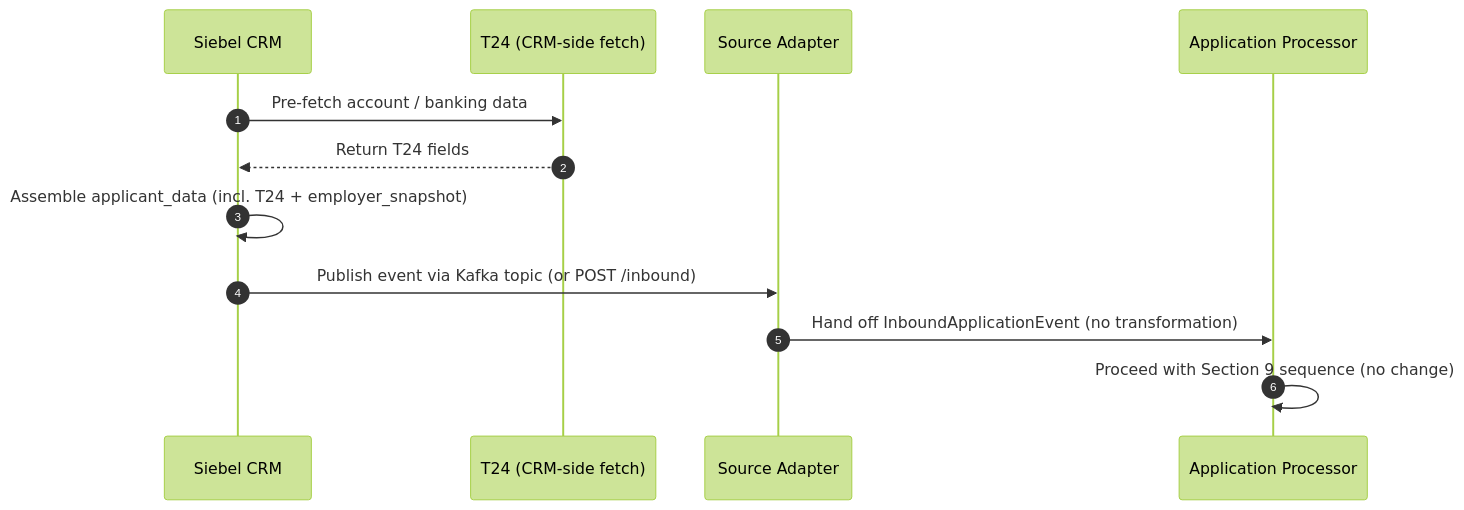
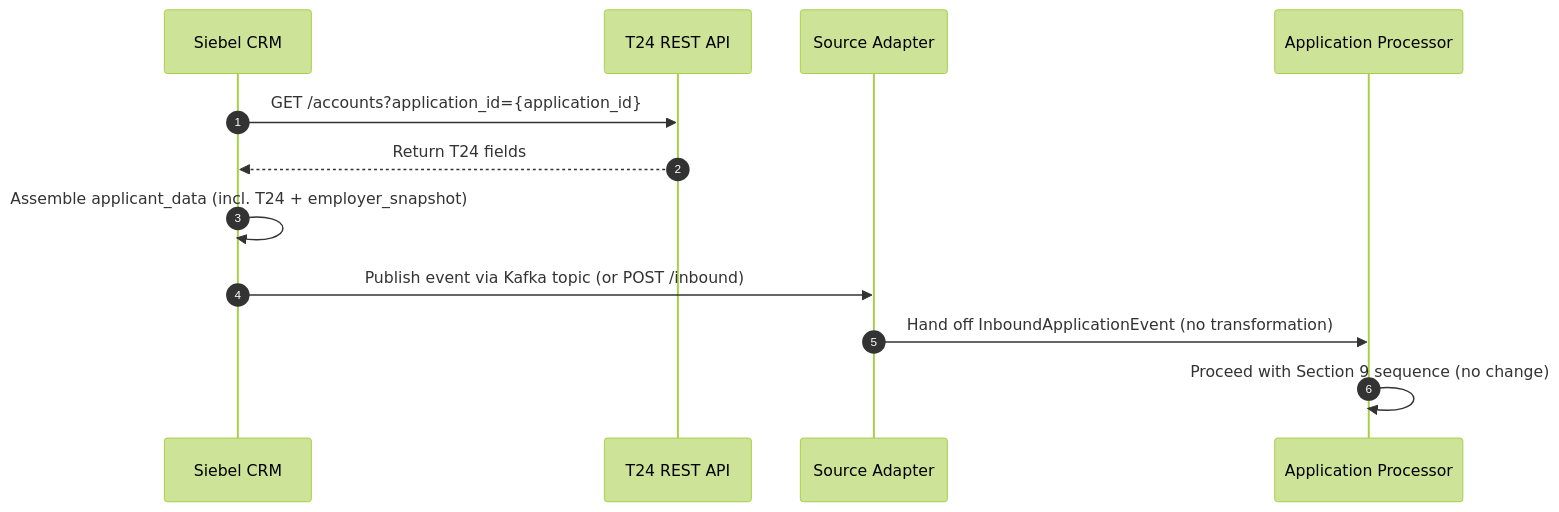
Before and after one commit to CharbelDaher34/creditunder: the third of 6 diagrams in credit_underwriting_system_requirement.md, drawn with Mermaid (forest theme). The commit also changed other lines of this file, not shown here.

````diff
--- a/credit_underwriting_system_requirement.md
+++ b/credit_underwriting_system_requirement.md
@@ -974,15 +980,15 @@
 ```mermaid
 sequenceDiagram
     autonumber
     participant CRM as Siebel CRM
-    participant T24 as T24 (CRM-side fetch)
+    participant T24API as T24 REST API
     participant ADP as Source Adapter
     participant AP as Application Processor
 
-    CRM->>T24: Pre-fetch account / banking data
-    T24-->>CRM: Return T24 fields
+    CRM->>T24API: GET /accounts?application_id={application_id}
+    T24API-->>CRM: Return T24 fields
     CRM->>CRM: Assemble applicant_data (incl. T24 + employer_snapshot)
     CRM->>ADP: Publish event via Kafka topic (or POST /inbound)
     ADP->>AP: Hand off InboundApplicationEvent (no transformation)
     AP->>AP: Proceed with Section 9 sequence (no change)
 ```
````
